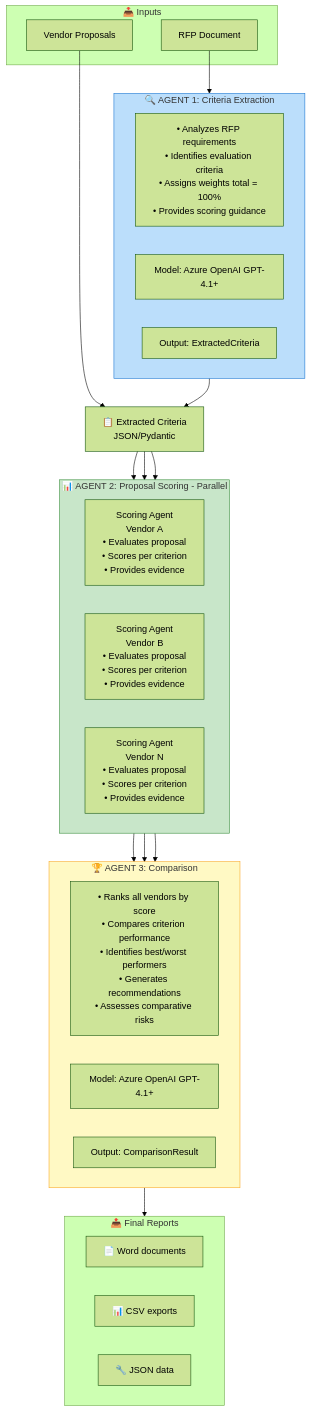
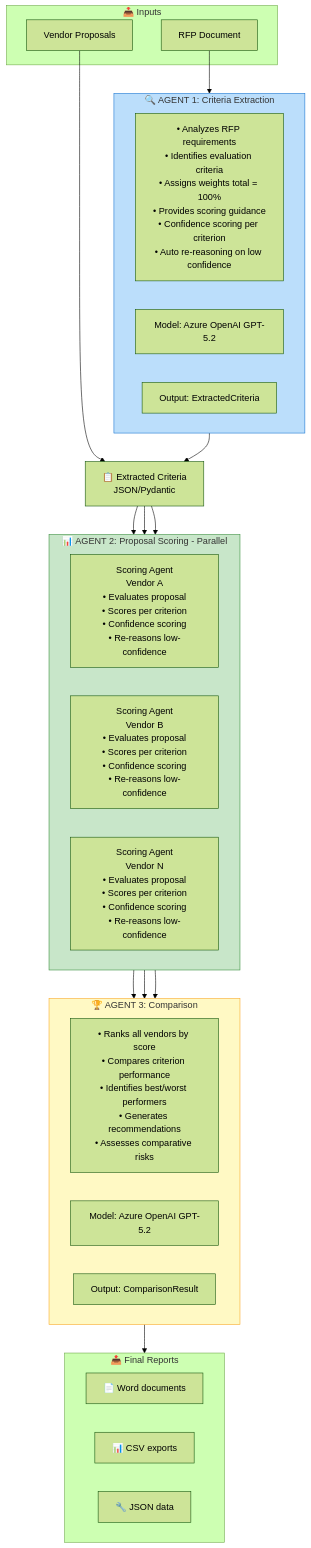
The sixth of 23 diagrams in docs/ARCHITECTURE.md (amgdy/rfp-analyzer), drawn with Mermaid (forest theme) before and after one commit. The commit also changed other lines of this file and 5 other files, not shown here.

First line of the commit message:
Fix step1_upload IndentationError, update .env.example, IaC, README, and ARCHITECTURE docs

````diff
--- a/docs/ARCHITECTURE.md
+++ b/docs/ARCHITECTURE.md
@@ -220,45 +220,45 @@
 ```mermaid
 flowchart TB
     subgraph Inputs["📥 Inputs"]
         RFP["RFP Document"]
         VP["Vendor Proposals"]
     end
     
     subgraph Agent1["🔍 AGENT 1: Criteria Extraction"]
-        A1D["• Analyzes RFP requirements<br>• Identifies evaluation criteria<br>• Assigns weights total = 100%<br>• Provides scoring guidance"]
-        A1M["Model: Azure OpenAI GPT-4.1+"]
+        A1D["• Analyzes RFP requirements<br>• Identifies evaluation criteria<br>• Assigns weights total = 100%<br>• Provides scoring guidance<br>• Confidence scoring per criterion<br>• Auto re-reasoning on low confidence"]
+        A1M["Model: Azure OpenAI GPT-5.2"]
         A1O["Output: ExtractedCriteria"]
     end
     
     EC["📋 Extracted Criteria<br>JSON/Pydantic"]
     
     subgraph Agent2["📊 AGENT 2: Proposal Scoring - Parallel"]
         direction LR
-        A2A["Scoring Agent<br>Vendor A<br>• Evaluates proposal<br>• Scores per criterion<br>• Provides evidence"]
-        A2B["Scoring Agent<br>Vendor B<br>• Evaluates proposal<br>• Scores per criterion<br>• Provides evidence"]
-        A2N["Scoring Agent<br>Vendor N<br>• Evaluates proposal<br>• Scores per criterion<br>• Provides evidence"]
+        A2A["Scoring Agent<br>Vendor A<br>• Evaluates proposal<br>• Scores per criterion<br>• Confidence scoring<br>• Re-reasons low-confidence"]
+        A2B["Scoring Agent<br>Vendor B<br>• Evaluates proposal<br>• Scores per criterion<br>• Confidence scoring<br>• Re-reasons low-confidence"]
+        A2N["Scoring Agent<br>Vendor N<br>• Evaluates proposal<br>• Scores per criterion<br>• Confidence scoring<br>• Re-reasons low-confidence"]
     end
     
     subgraph Agent3["🏆 AGENT 3: Comparison"]
         A3D["• Ranks all vendors by score<br>• Compares criterion performance<br>• Identifies best/worst performers<br>• Generates recommendations<br>• Assesses comparative risks"]
-        A3M["Model: Azure OpenAI GPT-4.1+"]
+        A3M["Model: Azure OpenAI GPT-5.2"]
         A3O["Output: ComparisonResult"]
     end
     
     subgraph Outputs["📤 Final Reports"]
         FR1["📄 Word documents"]
         FR2["📊 CSV exports"]
         FR3["🔧 JSON data"]
     end
     
     RFP --> Agent1
     VP --> EC
     Agent1 --> EC
     EC --> A2A & A2B & A2N
     A2A & A2B & A2N --> Agent3
     Agent3 --> Outputs
     
     style Agent1 fill:#bbdefb,stroke:#1976d2
     style Agent2 fill:#c8e6c9,stroke:#388e3c
     style Agent3 fill:#fff9c4,stroke:#f9a825
 ```
````
